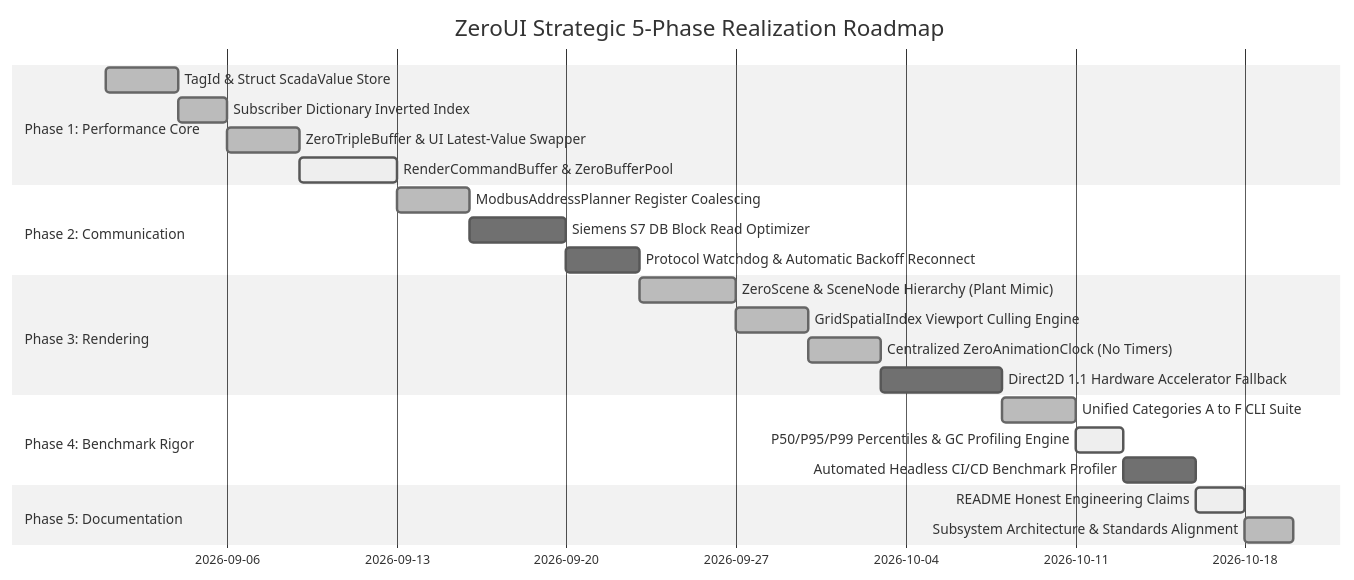
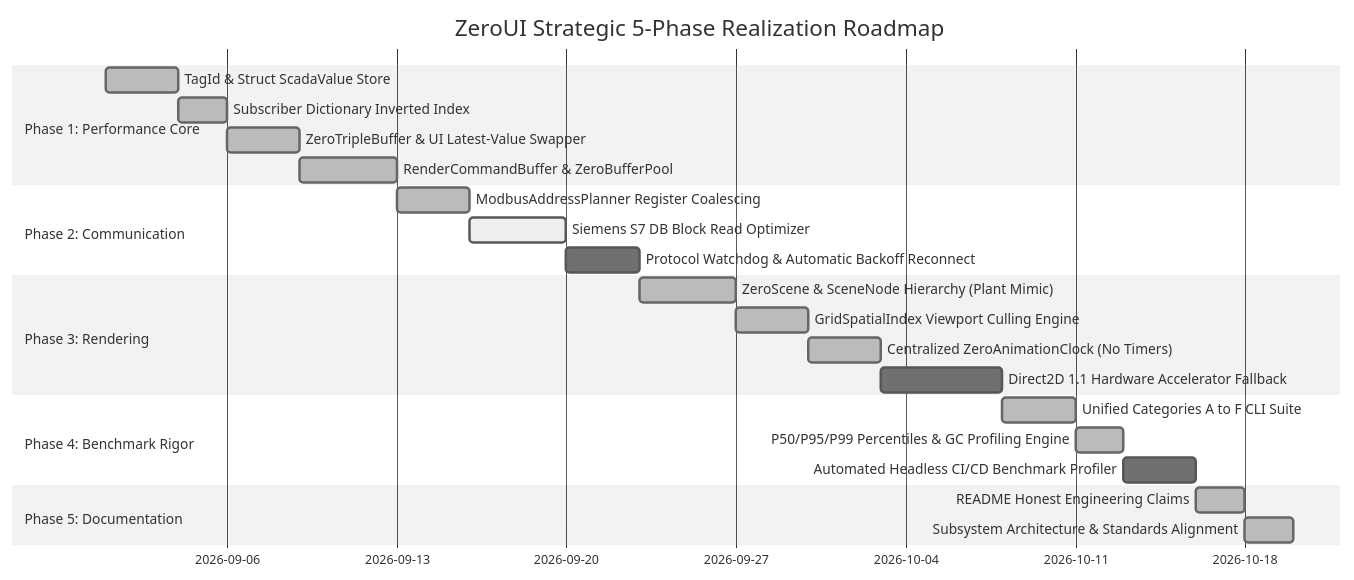
The diagram in docs/proposals.md (kzxl/ZeroUI), drawn with Mermaid (neutral theme) before and after one commit. The commit also changed 9 other files, not shown here.

Commit message:
feat(core): implement Phase 1 Performance Core (ZeroBufferPool, zero-alloc EventBus, FastNumberFormatter, RenderCommandBuffer)

````diff
--- a/docs/proposals.md
+++ b/docs/proposals.md
@@ -148,26 +148,26 @@
 ```mermaid
 gantt
     title ZeroUI Strategic 5-Phase Realization Roadmap
     dateFormat  YYYY-MM-DD
     section Phase 1: Performance Core
     TagId & Struct ScadaValue Store                 :done,    p1_1, 2026-09-01, 3d
     Subscriber Dictionary Inverted Index            :done,    p1_2, after p1_1, 2d
     ZeroTripleBuffer & UI Latest-Value Swapper      :done,    p1_3, after p1_2, 3d
-    RenderCommandBuffer & ZeroBufferPool            :active,  p1_4, after p1_3, 4d
+    RenderCommandBuffer & ZeroBufferPool            :done,    p1_4, after p1_3, 4d
     section Phase 2: Communication
     ModbusAddressPlanner Register Coalescing        :done,    p2_1, after p1_4, 3d
-    Siemens S7 DB Block Read Optimizer              :         p2_2, after p2_1, 4d
+    Siemens S7 DB Block Read Optimizer              :active,  p2_2, after p2_1, 4d
     Protocol Watchdog & Automatic Backoff Reconnect :         p2_3, after p2_2, 3d
     section Phase 3: Rendering
     ZeroScene & SceneNode Hierarchy (Plant Mimic)   :done,    p3_1, after p2_3, 4d
     GridSpatialIndex Viewport Culling Engine        :done,    p3_2, after p3_1, 3d
     Centralized ZeroAnimationClock (No Timers)      :done,    p3_3, after p3_2, 3d
     Direct2D 1.1 Hardware Accelerator Fallback      :         p3_4, after p3_3, 5d
     section Phase 4: Benchmark Rigor
     Unified Categories A to F CLI Suite             :done,    p4_1, after p3_4, 3d
-    P50/P95/P99 Percentiles & GC Profiling Engine   :active,  p4_2, after p4_1, 2d
+    P50/P95/P99 Percentiles & GC Profiling Engine   :done,    p4_2, after p4_1, 2d
     Automated Headless CI/CD Benchmark Profiler     :         p4_3, after p4_2, 3d
     section Phase 5: Documentation
-    README Honest Engineering Claims                :active,  p5_1, after p4_3, 2d
+    README Honest Engineering Claims                :done,    p5_1, after p4_3, 2d
     Subsystem Architecture & Standards Alignment    :done,    p5_2, after p5_1, 2d
 ```
````
